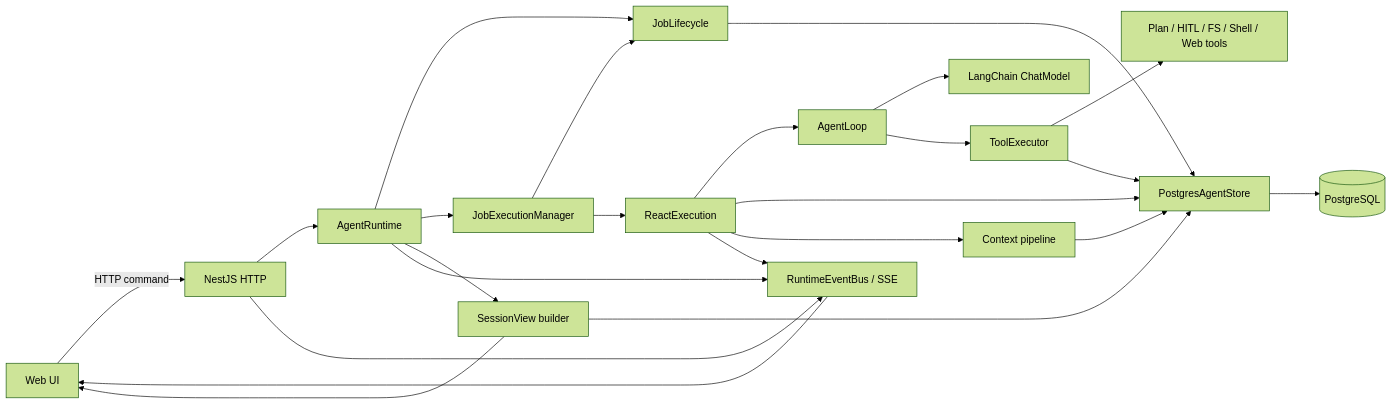
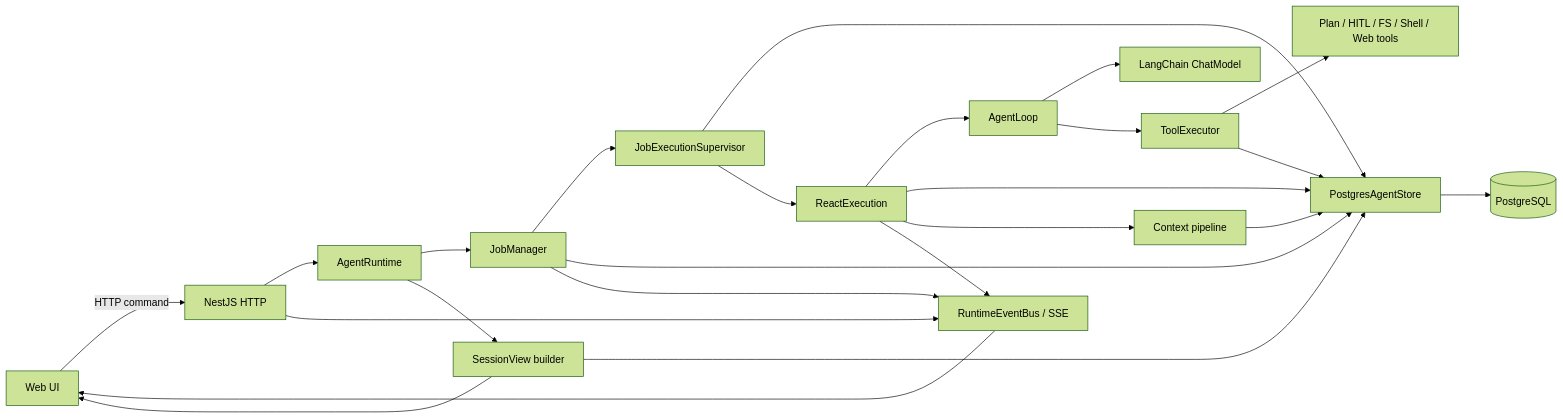
One commit to lucyonegit/agent-runtime-v2 changed the first of 13 diagrams in docs/00-current-runtime-full-chain.md. Above: the diagram before and after it, drawn with Mermaid (forest theme). The commit also changed other lines of this file and 13 other files, not shown here.

First line of the commit message:
Add JobExecutionSupervisor tests and refactor JobLifecycle tests

```diff
--- a/docs/00-current-runtime-full-chain.md
+++ b/docs/00-current-runtime-full-chain.md
@@ -19,29 +19,29 @@
 ~~~mermaid
 flowchart LR
     UI["Web UI"] -->|"HTTP command"| HTTP["NestJS HTTP"]
     HTTP --> AR["AgentRuntime"]
-    AR --> JL["JobLifecycle"]
-    AR --> JEM["JobExecutionManager"]
-    JEM --> JL
-    JEM --> RER["ReactExecution"]
+    AR --> JM["JobManager"]
+    JM --> JES["JobExecutionSupervisor"]
+    JM --> STORE["PostgresAgentStore"]
+    JES --> STORE
+    JES --> RER["ReactExecution"]
     RER --> AL["AgentLoop"]
     AL --> LC["LangChain ChatModel"]
     AL --> TE["ToolExecutor"]
     TE --> TOOLS["Plan / HITL / FS / Shell / Web tools"]
 
-    JL --> STORE["PostgresAgentStore"]
     RER --> STORE
     TE --> STORE
     STORE --> PG[("PostgreSQL")]
 
     RER --> CTX["Context pipeline"]
     CTX --> STORE
 
     AR --> VIEW["SessionView builder"]
     VIEW --> STORE
     HTTP --> SSE["RuntimeEventBus / SSE"]
-    AR --> SSE
+    JM --> SSE
     RER --> SSE
     SSE --> UI
     VIEW --> UI
 ~~~
```
